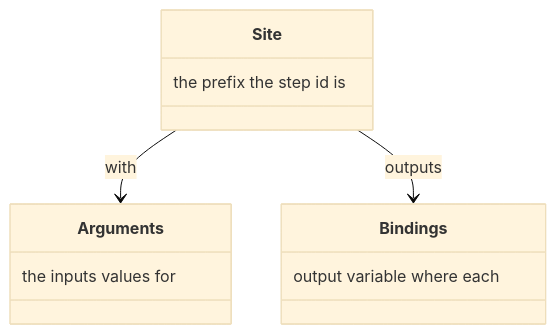
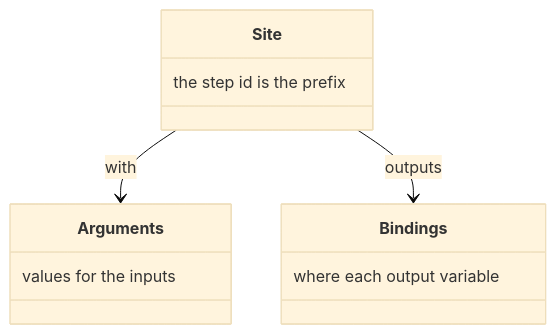
Before and after one commit to m2ux/workflow-server: the sixth of 8 diagrams in docs/routine.md, drawn with Mermaid (base theme). The commit also changed other lines of this file and 10 other files, not shown here.

Commit message:
Write each class-box note in reading order so the diagram shows the phrase as written.

````diff
--- a/docs/routine.md
+++ b/docs/routine.md
@@ -126,14 +126,14 @@
 ```mermaid
 classDiagram
   class Site {
-    the prefix the step id is
+    the step id is the prefix
   }
   class Arguments {
-    the inputs values for
+    values for the inputs
   }
   class Bindings {
-    output variable where each
+    where each output variable
   }
   Site --> Arguments : with
   Site --> Bindings : outputs
 ```
````
